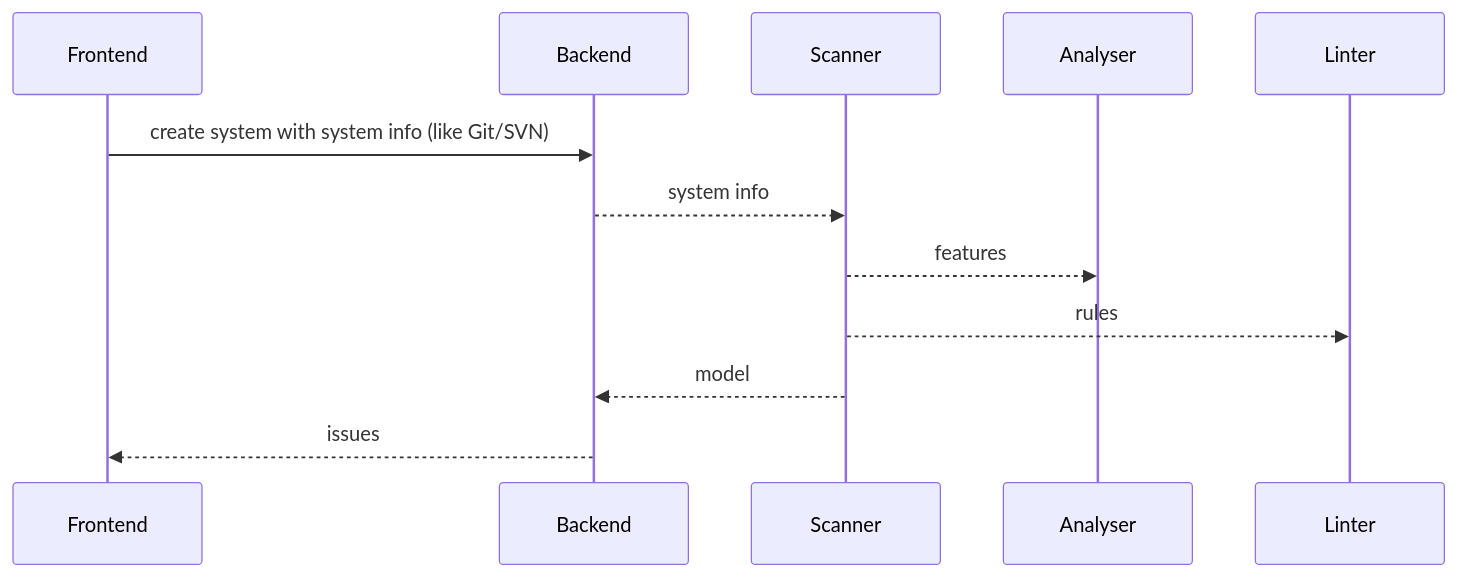
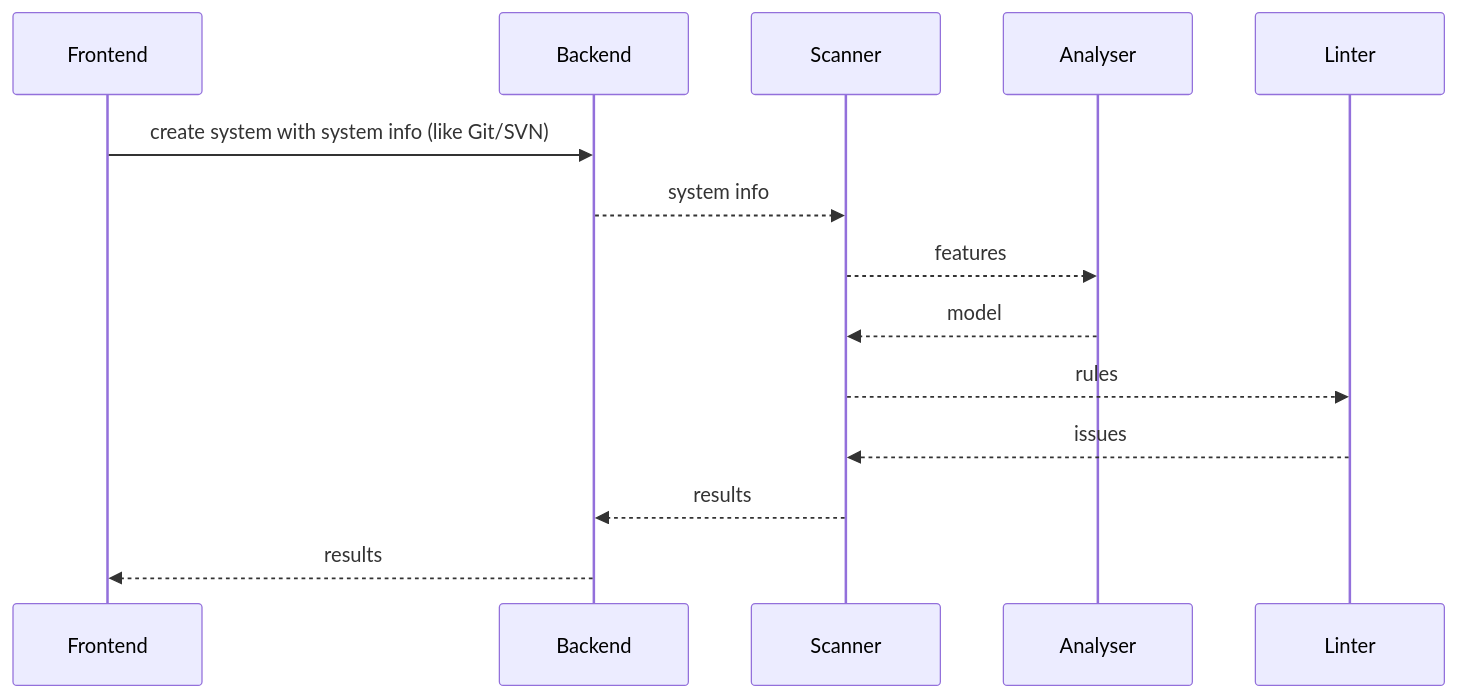
The diagram in profile/README.md (archguard/.github), drawn with Mermaid before and after one commit.

````diff
--- a/profile/README.md
+++ b/profile/README.md
@@ -7,9 +7,11 @@
 ```mermaid
 sequenceDiagram
     Frontend->>Backend: create system with system info (like Git/SVN)
     Backend-->>Scanner: system info
     Scanner-->>Analyser: features
+    Analyser-->>Scanner: model
     Scanner-->>Linter: rules
-    Scanner-->>Backend: model
-    Backend-->>Frontend: issues
+    Linter-->>Scanner: issues
+    Scanner-->>Backend: results
+    Backend-->>Frontend: results
 ```
````
